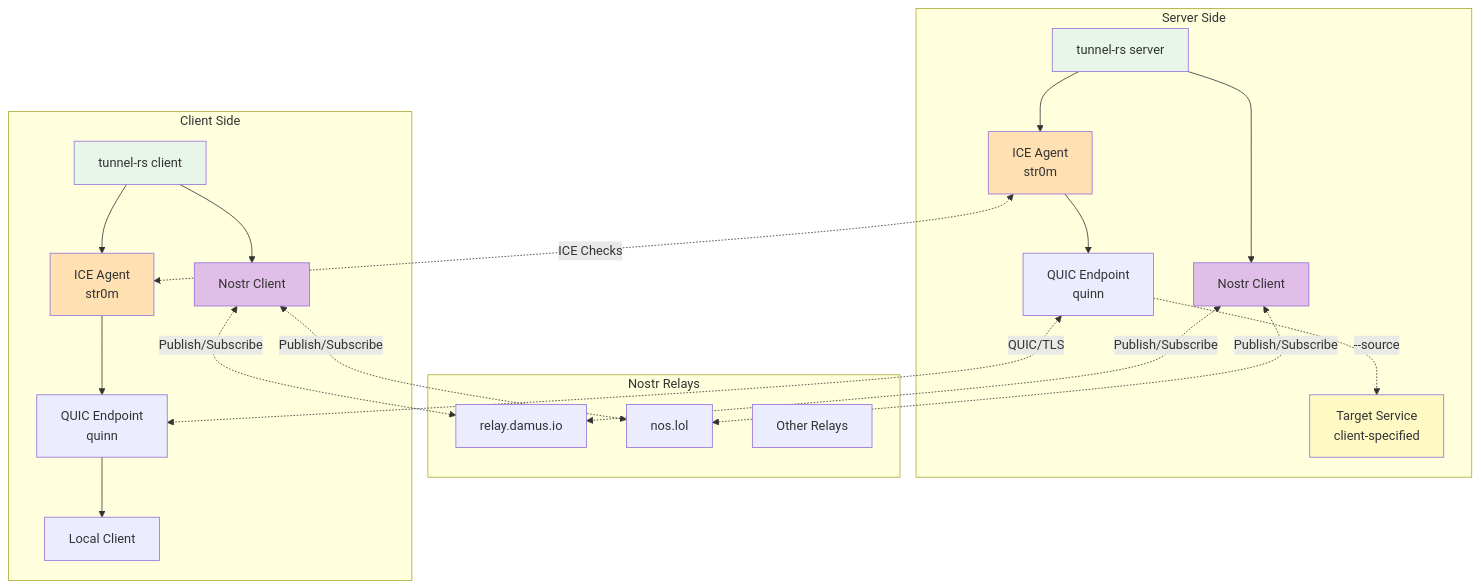
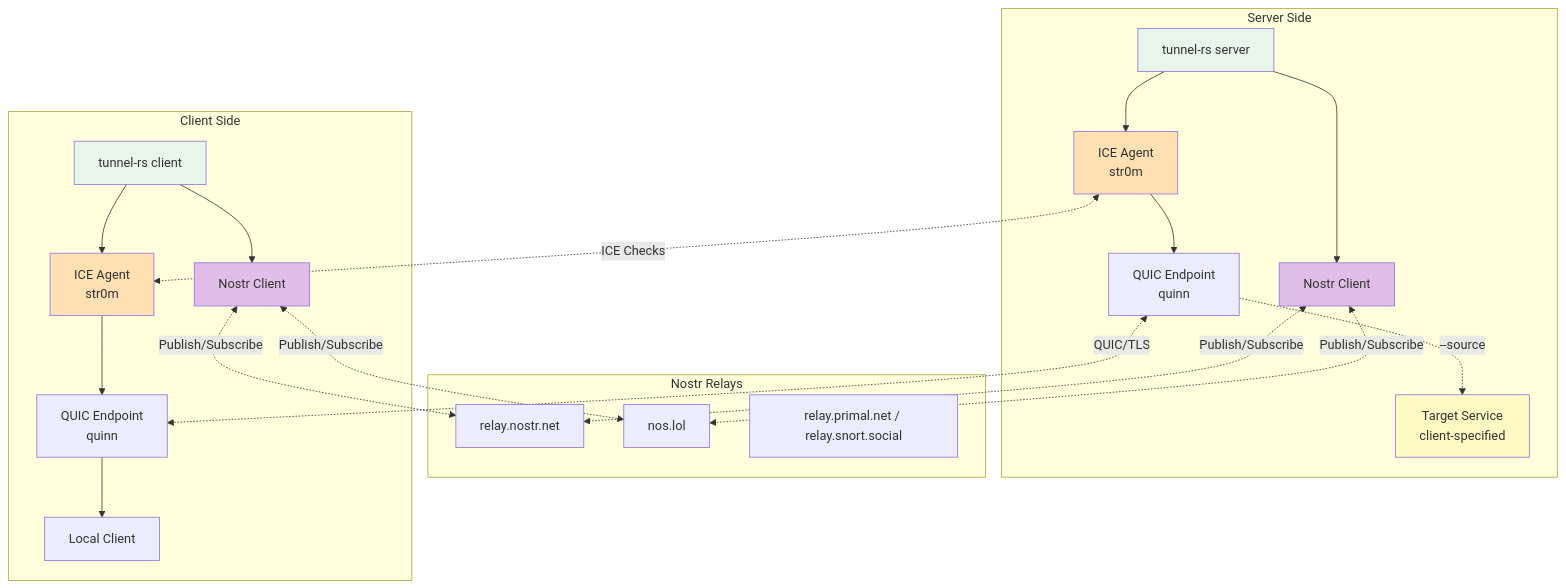
One commit to andrewtheguy/vpn-rs changed diagram 18 of 35 in docs/ARCHITECTURE.md. Above: the diagram before and after it, drawn with Mermaid. The commit also changed other lines of this file and 2 other files, not shown here.

Commit message:
fix: improve documentation for NAT traversal and update Nostr relay sources

````diff
--- a/docs/ARCHITECTURE.md
+++ b/docs/ARCHITECTURE.md
@@ -729,50 +729,50 @@
 ```mermaid
 graph TB
     subgraph "Server Side"
         A[tunnel-rs server]
         B[ICE Agent<br/>str0m]
         C[QUIC Endpoint<br/>quinn]
         D[Nostr Client]
         E[Target Service<br/>client-specified]
     end
 
     subgraph "Nostr Relays"
-        F[relay.damus.io]
+        F[relay.nostr.net]
         G[nos.lol]
-        H[Other Relays]
+        H[relay.primal.net / relay.snort.social]
     end
 
     subgraph "Client Side"
         I[tunnel-rs client]
         J[ICE Agent<br/>str0m]
         K[QUIC Endpoint<br/>quinn]
         L[Nostr Client]
         M[Local Client]
     end
 
     A --> B
     B --> C
     A --> D
     C -.->|--source| E
 
     I --> J
     J --> K
     I --> L
     K --> M
 
     D <-.Publish/Subscribe.-> F
     D <-.Publish/Subscribe.-> G
     L <-.Publish/Subscribe.-> F
     L <-.Publish/Subscribe.-> G
 
     B <-.ICE Checks.-> J
     C <-.QUIC/TLS.-> K
 
     style A fill:#E8F5E9
     style I fill:#E8F5E9
     style B fill:#FFE0B2
     style J fill:#FFE0B2
     style D fill:#E1BEE7
     style L fill:#E1BEE7
     style E fill:#FFF9C4
 ```
````
